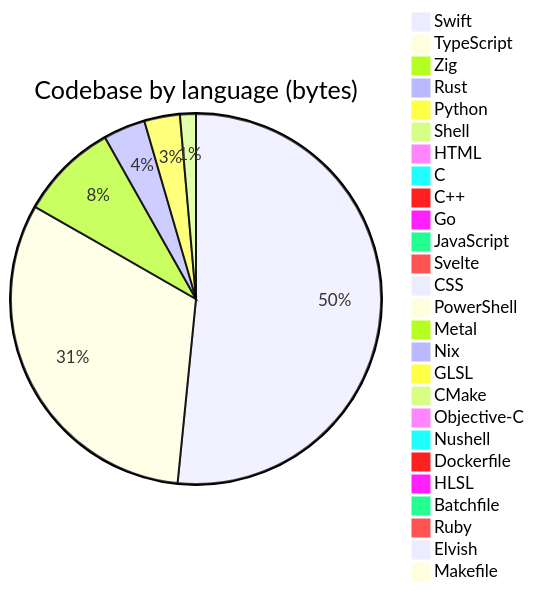
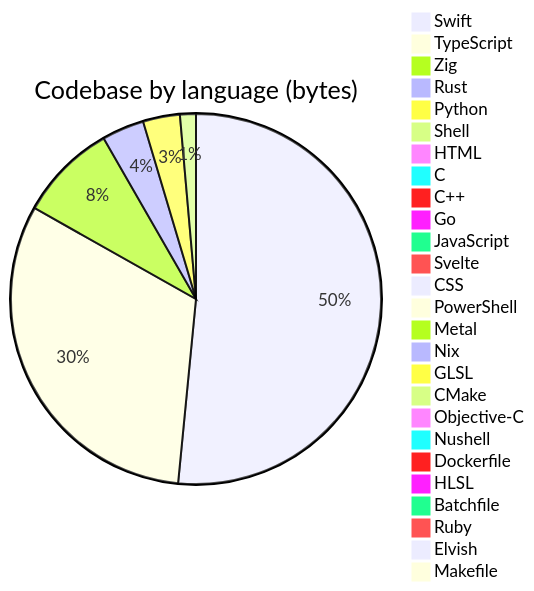
Before and after one commit to Open330/.github: the diagram in profile/README.md, drawn with Mermaid. The commit also changed other lines of this file, not shown here.

````diff
--- a/profile/README.md
+++ b/profile/README.md
@@ -144,29 +144,29 @@
 ```mermaid
 pie title Codebase by language (bytes)
-    "Swift" : 61358059
+    "Swift" : 61444349
     "TypeScript" : 37696524
     "Zig" : 10170181
-    "Rust" : 4364215
-    "Python" : 3695779
-    "Shell" : 1655028
+    "Rust" : 4403337
+    "Python" : 3840925
+    "Shell" : 1656312
     "HTML" : 946901
     "C" : 733012
     "C++" : 728032
     "Go" : 572897
     "JavaScript" : 551068
     "Svelte" : 275766
     "CSS" : 256168
     "PowerShell" : 131318
     "Metal" : 58290
     "Nix" : 47837
     "GLSL" : 31433
     "CMake" : 16825
     "Objective-C" : 14285
     "Nushell" : 13719
     "Dockerfile" : 8884
     "HLSL" : 7527
     "Batchfile" : 5870
     "Ruby" : 4289
     "Elvish" : 4137
     "Makefile" : 1881
 ```
````
